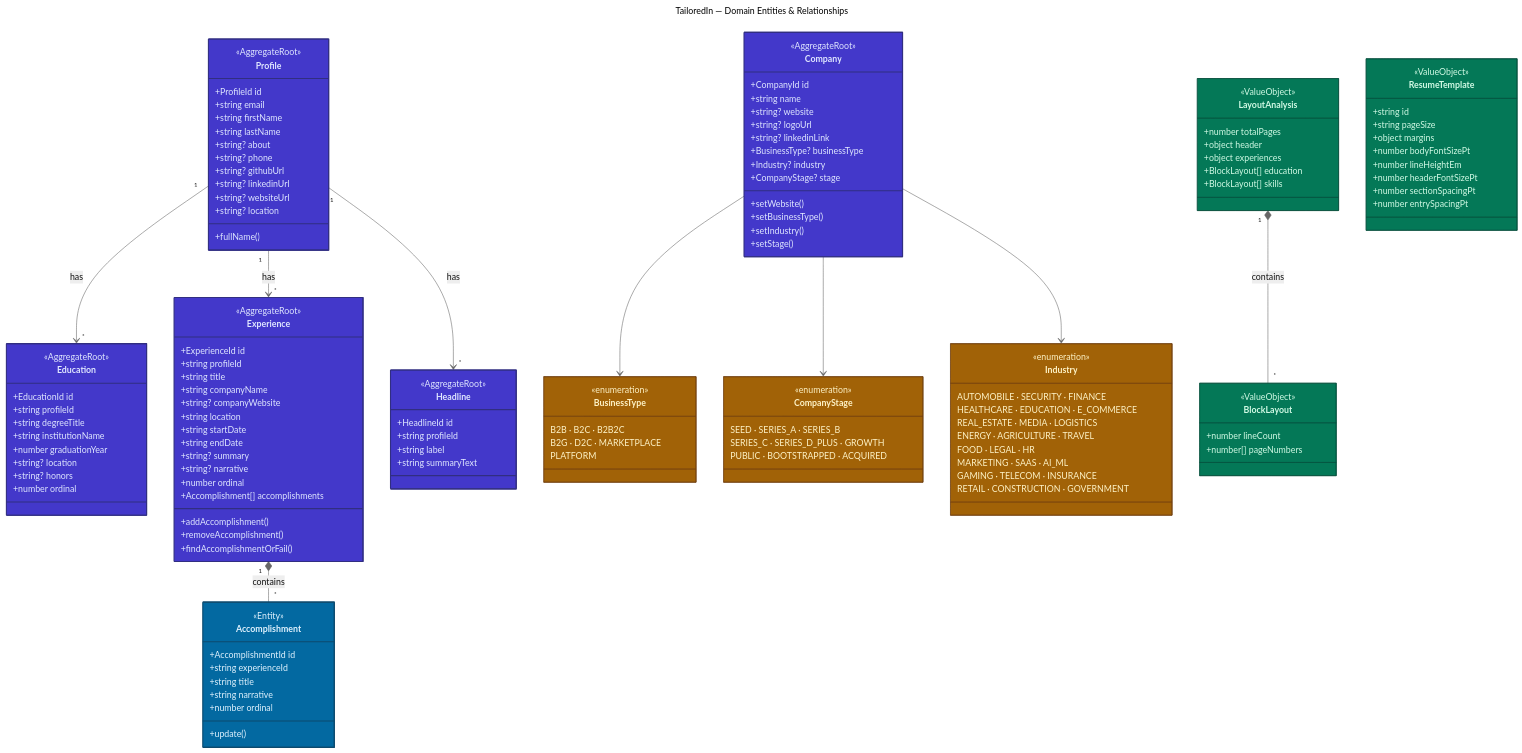
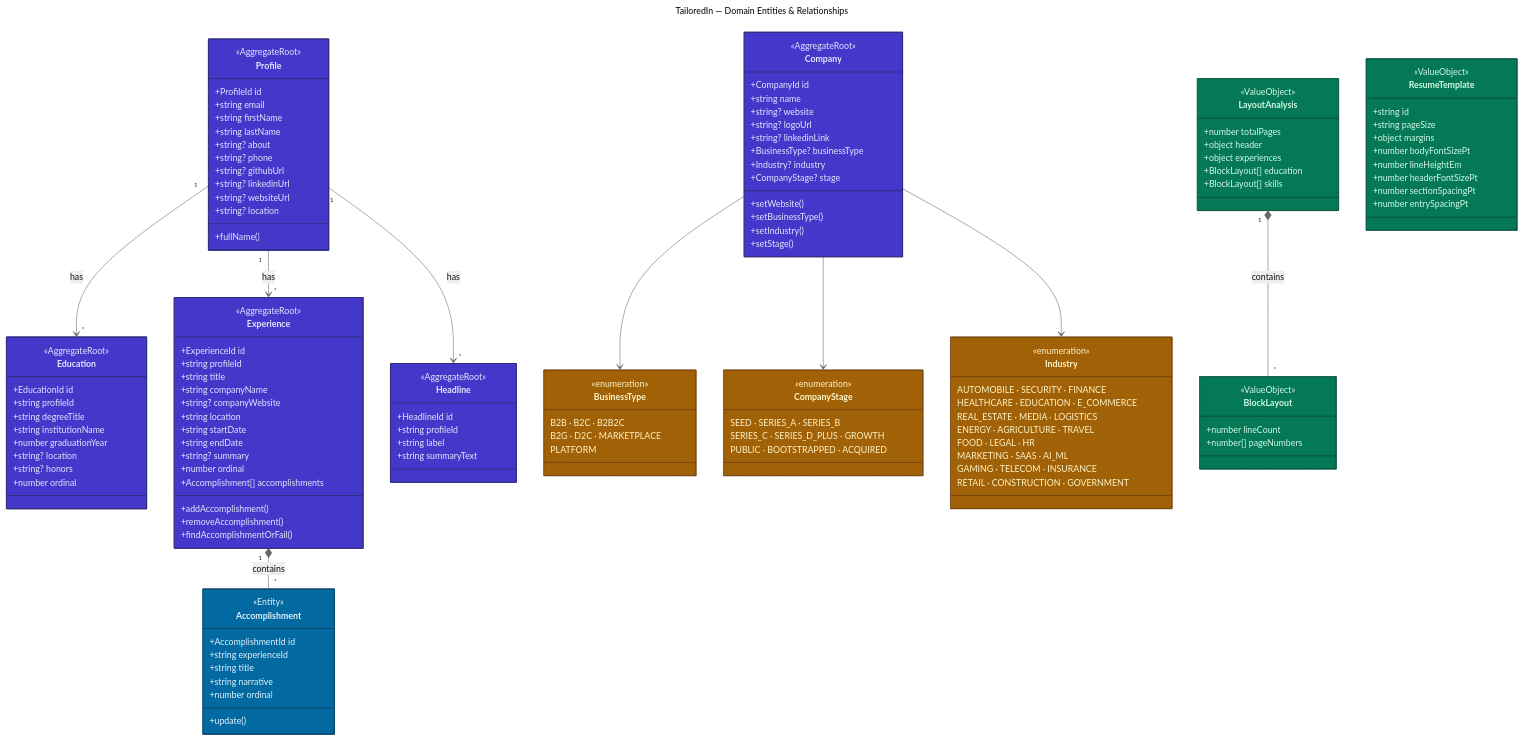
The diagram in domain/DOMAIN.mmd (bluebird-labs/TailoredIn), drawn with Mermaid (neutral theme) before and after one commit. The commit also changed 13 other files, not shown here.

```diff
--- a/domain/DOMAIN.mmd
+++ b/domain/DOMAIN.mmd
@@ -1,179 +1,178 @@
 ---
 title: TailoredIn — Domain Entities & Relationships
 ---
 
 classDiagram
     direction TB
 
     %% ──────────────────────────────────────────────
     %%  Profile Subdomain
     %% ──────────────────────────────────────────────
 
     class Profile {
         <<AggregateRoot>>
         +ProfileId id
         +string email
         +string firstName
         +string lastName
         +string? about
         +string? phone
         +string? githubUrl
         +string? linkedinUrl
         +string? websiteUrl
         +string? location
         +fullName()
     }
 
     class Accomplishment {
         <<Entity>>
         +AccomplishmentId id
         +string experienceId
         +string title
         +string narrative
         +number ordinal
         +update()
     }
 
     class Education {
         <<AggregateRoot>>
         +EducationId id
         +string profileId
         +string degreeTitle
         +string institutionName
         +number graduationYear
         +string? location
         +string? honors
         +number ordinal
     }
 
     class Experience {
         <<AggregateRoot>>
         +ExperienceId id
         +string profileId
         +string title
         +string companyName
         +string? companyWebsite
         +string location
         +string startDate
         +string endDate
         +string? summary
-        +string? narrative
         +number ordinal
         +Accomplishment[] accomplishments
         +addAccomplishment()
         +removeAccomplishment()
         +findAccomplishmentOrFail()
     }
 
     class Headline {
         <<AggregateRoot>>
         +HeadlineId id
         +string profileId
         +string label
         +string summaryText
     }
 
     Profile "1" --> "*" Headline : has
     Profile "1" --> "*" Education : has
     Profile "1" --> "*" Experience : has
     Experience "1" *-- "*" Accomplishment : contains
 
     %% ──────────────────────────────────────────────
     %%  Company Subdomain
     %% ──────────────────────────────────────────────
 
     class Company {
         <<AggregateRoot>>
         +CompanyId id
         +string name
         +string? website
         +string? logoUrl
         +string? linkedinLink
         +BusinessType? businessType
         +Industry? industry
         +CompanyStage? stage
         +setWebsite()
         +setBusinessType()
         +setIndustry()
         +setStage()
     }
 
     class BusinessType {
         <<enumeration>>
         B2B · B2C · B2B2C
         B2G · D2C · MARKETPLACE
         PLATFORM
     }
 
     class CompanyStage {
         <<enumeration>>
         SEED · SERIES_A · SERIES_B
         SERIES_C · SERIES_D_PLUS · GROWTH
         PUBLIC · BOOTSTRAPPED · ACQUIRED
     }
 
     class Industry {
         <<enumeration>>
         AUTOMOBILE · SECURITY · FINANCE
         HEALTHCARE · EDUCATION · E_COMMERCE
         REAL_ESTATE · MEDIA · LOGISTICS
         ENERGY · AGRICULTURE · TRAVEL
         FOOD · LEGAL · HR
         MARKETING · SAAS · AI_ML
         GAMING · TELECOM · INSURANCE
         RETAIL · CONSTRUCTION · GOVERNMENT
     }
 
     Company --> BusinessType
     Company --> Industry
     Company --> CompanyStage
 
     %% ──────────────────────────────────────────────
     %%  Enums & Types
     %% ──────────────────────────────────────────────
 
     class BlockLayout {
         <<ValueObject>>
         +number lineCount
         +number[] pageNumbers
     }
 
     class LayoutAnalysis {
         <<ValueObject>>
         +number totalPages
         +object header
         +object experiences
         +BlockLayout[] education
         +BlockLayout[] skills
     }
 
     class ResumeTemplate {
         <<ValueObject>>
         +string id
         +string pageSize
         +object margins
         +number bodyFontSizePt
         +number lineHeightEm
         +number headerFontSizePt
         +number sectionSpacingPt
         +number entrySpacingPt
     }
 
     LayoutAnalysis "1" *-- "*" BlockLayout : contains
 
     %% ──────────────────────────────────────────────
     %%  Apply Styles
     %% ──────────────────────────────────────────────
 
     style Profile fill:#4338ca,stroke:#312e81,color:#e0e7ff,stroke-width:2px
     style Accomplishment fill:#0369a1,stroke:#0c4a6e,color:#e0f2fe,stroke-width:2px
     style Education fill:#4338ca,stroke:#312e81,color:#e0e7ff,stroke-width:2px
     style Experience fill:#4338ca,stroke:#312e81,color:#e0e7ff,stroke-width:2px
     style Headline fill:#4338ca,stroke:#312e81,color:#e0e7ff,stroke-width:2px
     style Company fill:#4338ca,stroke:#312e81,color:#e0e7ff,stroke-width:2px
     style BusinessType fill:#a16207,stroke:#713f12,color:#fef3c7,stroke-width:1px
     style CompanyStage fill:#a16207,stroke:#713f12,color:#fef3c7,stroke-width:1px
     style Industry fill:#a16207,stroke:#713f12,color:#fef3c7,stroke-width:1px
     style BlockLayout fill:#047857,stroke:#064e3b,color:#d1fae5,stroke-width:1px
     style LayoutAnalysis fill:#047857,stroke:#064e3b,color:#d1fae5,stroke-width:1px
     style ResumeTemplate fill:#047857,stroke:#064e3b,color:#d1fae5,stroke-width:1px
```
